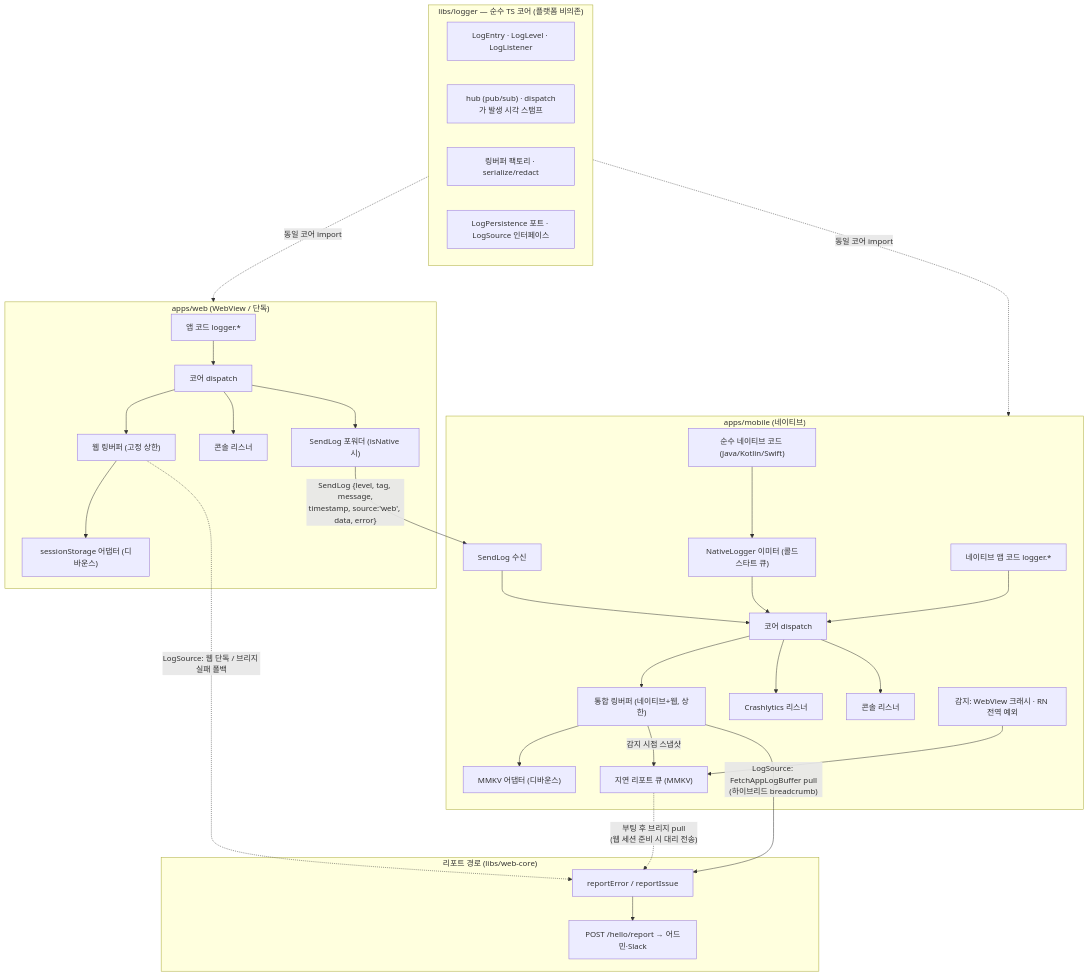
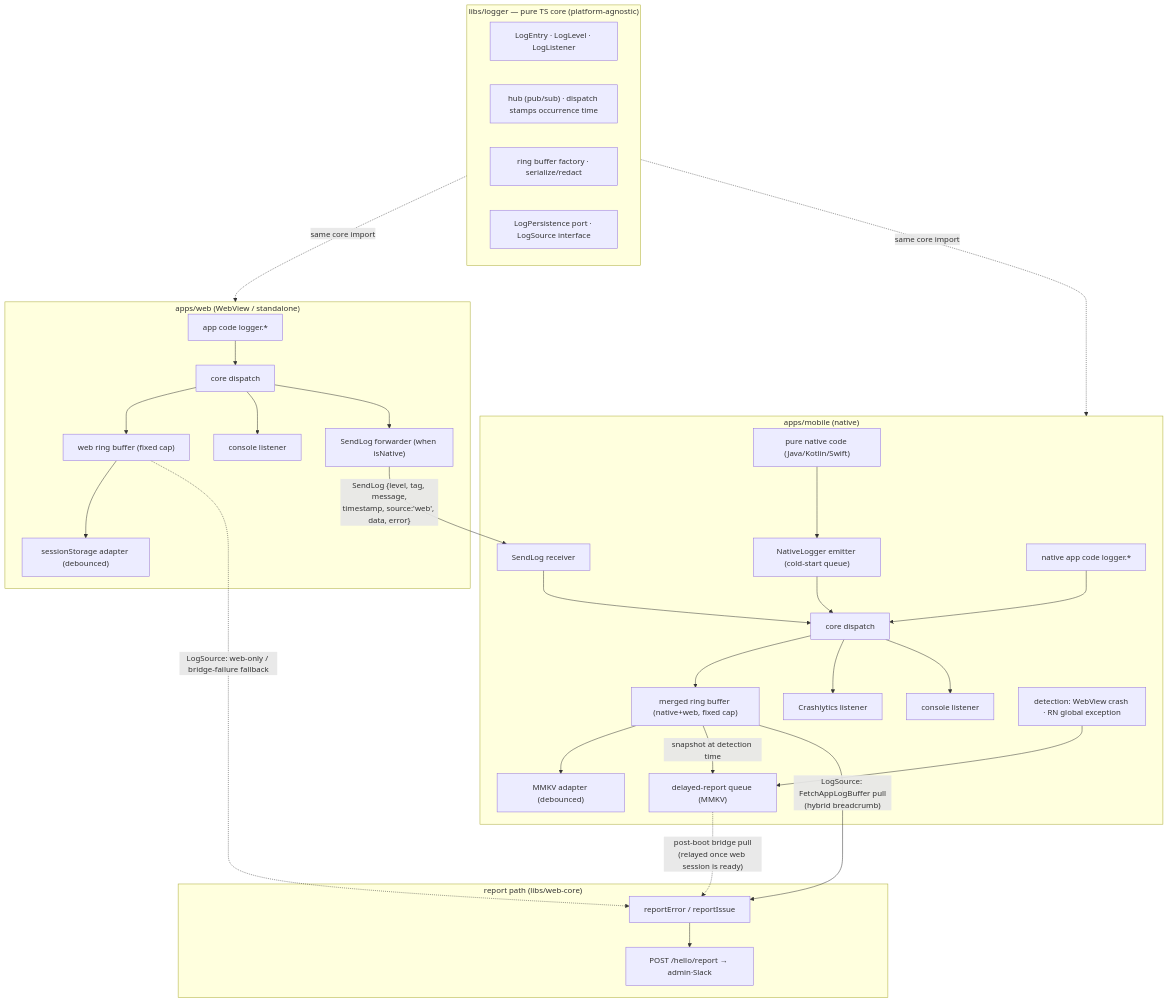
Before and after one commit to lemoncloud-io/dou-app: the diagram in docs/adr/0047-unified-logging-core-and-report-traceability.md, drawn with Mermaid. The commit also changed other lines of this file and 62 other files, not shown here.

````diff
--- a/docs/adr/0047-unified-logging-core-and-report-traceability.md
+++ b/docs/adr/0047-unified-logging-core-and-report-traceability.md
@@ -127,42 +232,42 @@
 ```mermaid
 flowchart TB
-    subgraph core["libs/logger — 순수 TS 코어 (플랫폼 비의존)"]
+    subgraph core["libs/logger — pure TS core (platform-agnostic)"]
         entry["LogEntry · LogLevel · LogListener"]
-        hub["hub (pub/sub) · dispatch가 발생 시각 스탬프"]
-        ring["링버퍼 팩토리 · serialize/redact"]
-        port["LogPersistence 포트 · LogSource 인터페이스"]
+        hub["hub (pub/sub) · dispatch stamps occurrence time"]
+        ring["ring buffer factory · serialize/redact"]
+        port["LogPersistence port · LogSource interface"]
     end
 
-    subgraph web["apps/web (WebView / 단독)"]
-        wapp["앱 코드 logger.*"] --> wdispatch["코어 dispatch"]
-        wdispatch --> wbuf["웹 링버퍼 (고정 상한)"]
-        wbuf --> wstore["sessionStorage 어댑터 (디바운스)"]
-        wdispatch --> wconsole["콘솔 리스너"]
-        wdispatch --> forwarder["SendLog 포워더 (isNative 시)"]
+    subgraph web["apps/web (WebView / standalone)"]
+        wapp["app code logger.*"] --> wdispatch["core dispatch"]
+        wdispatch --> wbuf["web ring buffer (fixed cap)"]
+        wbuf --> wstore["sessionStorage adapter (debounced)"]
+        wdispatch --> wconsole["console listener"]
+        wdispatch --> forwarder["SendLog forwarder (when isNative)"]
     end
 
-    subgraph mobile["apps/mobile (네이티브)"]
-        mapp["네이티브 앱 코드 logger.*"] --> mdispatch["코어 dispatch"]
-        recv["SendLog 수신"] --> mdispatch
-        nmod["순수 네이티브 코드 (Java/Kotlin/Swift)"] --> memit["NativeLogger 이미터 (콜드스타트 큐)"] --> mdispatch
-        mdispatch --> mbuf["통합 링버퍼 (네이티브+웹, 상한)"]
-        mbuf --> mmkv["MMKV 어댑터 (디바운스)"]
-        mdispatch --> crash["Crashlytics 리스너"]
-        mdispatch --> mconsole["콘솔 리스너"]
-        detect["감지: WebView 크래시 · RN 전역 예외"] --> pq["지연 리포트 큐 (MMKV)"]
-        mbuf -- "감지 시점 스냅샷" --> pq
+    subgraph mobile["apps/mobile (native)"]
+        mapp["native app code logger.*"] --> mdispatch["core dispatch"]
+        recv["SendLog receiver"] --> mdispatch
+        nmod["pure native code (Java/Kotlin/Swift)"] --> memit["NativeLogger emitter (cold-start queue)"] --> mdispatch
+        mdispatch --> mbuf["merged ring buffer (native+web, fixed cap)"]
+        mbuf --> mmkv["MMKV adapter (debounced)"]
+        mdispatch --> crash["Crashlytics listener"]
+        mdispatch --> mconsole["console listener"]
+        detect["detection: WebView crash · RN global exception"] --> pq["delayed-report queue (MMKV)"]
+        mbuf -- "snapshot at detection time" --> pq
     end
 
-    core -. "동일 코어 import" .-> web
-    core -. "동일 코어 import" .-> mobile
+    core -. "same core import" .-> web
+    core -. "same core import" .-> mobile
 
     forwarder -- "SendLog {level, tag, message,<br/>timestamp, source:'web', data, error}" --> recv
 
-    subgraph report["리포트 경로 (libs/web-core)"]
-        rpt["reportError / reportIssue"] --> ep["POST /hello/report → 어드민·Slack"]
+    subgraph report["report path (libs/web-core)"]
+        rpt["reportError / reportIssue"] --> ep["POST /hello/report → admin·Slack"]
     end
 
-    mbuf -- "LogSource: FetchAppLogBuffer pull<br/>(하이브리드 breadcrumb)" --> rpt
-    wbuf -. "LogSource: 웹 단독 / 브리지 실패 폴백" .-> rpt
-    pq -. "부팅 후 브리지 pull<br/>(웹 세션 준비 시 대리 전송)" .-> rpt
+    mbuf -- "LogSource: FetchAppLogBuffer pull<br/>(hybrid breadcrumb)" --> rpt
+    wbuf -. "LogSource: web-only / bridge-failure fallback" .-> rpt
+    pq -. "post-boot bridge pull<br/>(relayed once web session is ready)" .-> rpt
 ```
````
